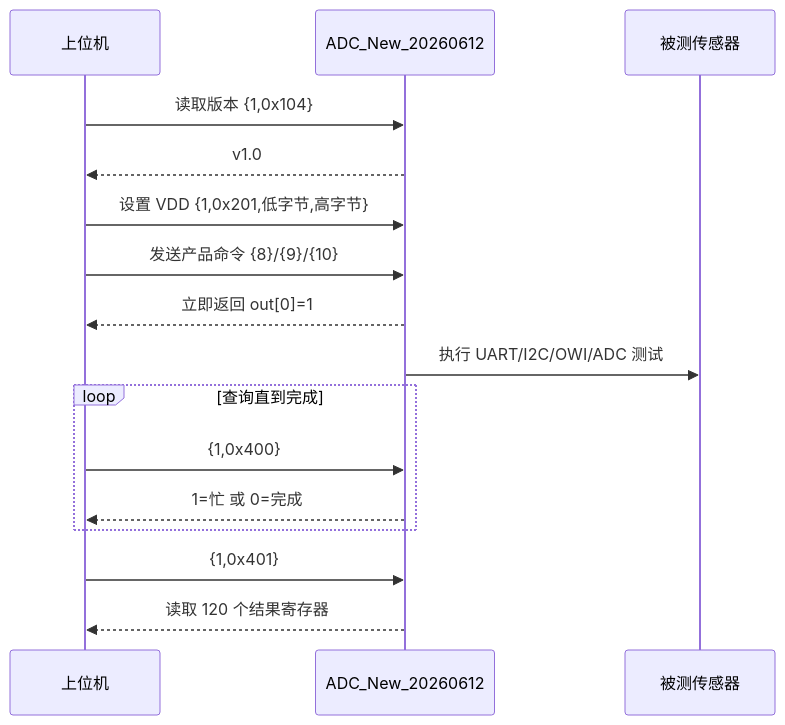
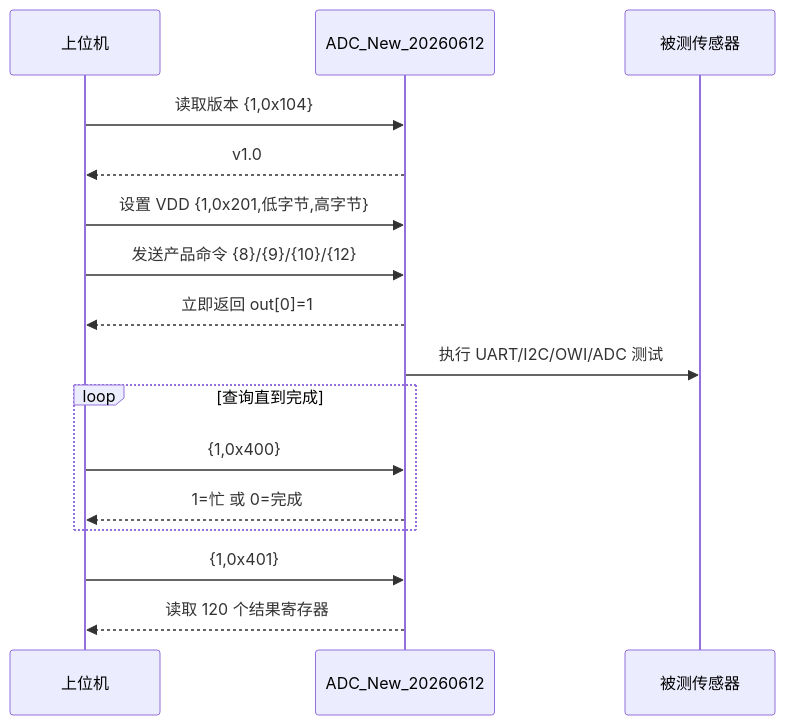
One commit to renletao/ADC changed the ninth of 9 diagrams in ADC_New_20260612/TEST_FLOW.md. Above: the diagram before and after it, drawn with Mermaid. The commit also changed other lines of this file and 10 other files, not shown here.

````diff
--- a/ADC_New_20260612/TEST_FLOW.md
+++ b/ADC_New_20260612/TEST_FLOW.md
@@ -296,19 +330,19 @@
 ```mermaid
 sequenceDiagram
     participant PC as 上位机
     participant MCU as ADC_New_20260612
     participant DUT as 被测传感器
 
     PC->>MCU: 读取版本 {1,0x104}
     MCU-->>PC: v1.0
     PC->>MCU: 设置 VDD {1,0x201,低字节,高字节}
-    PC->>MCU: 发送产品命令 {8}/{9}/{10}
+    PC->>MCU: 发送产品命令 {8}/{9}/{10}/{12}
     MCU-->>PC: 立即返回 out[0]=1
     MCU->>DUT: 执行 UART/I2C/OWI/ADC 测试
     loop 查询直到完成
         PC->>MCU: {1,0x400}
         MCU-->>PC: 1=忙 或 0=完成
     end
     PC->>MCU: {1,0x401}
     MCU-->>PC: 读取 120 个结果寄存器
 ```
````
